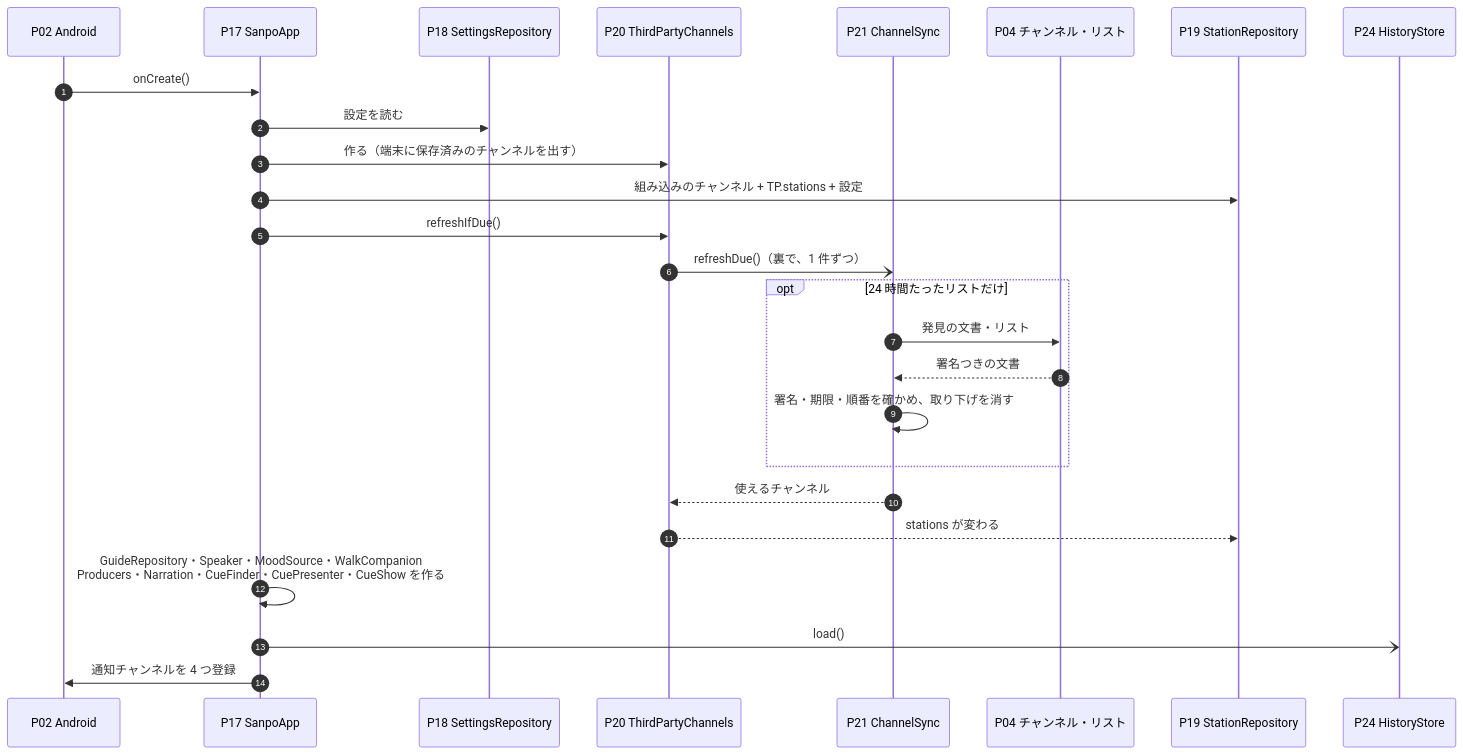
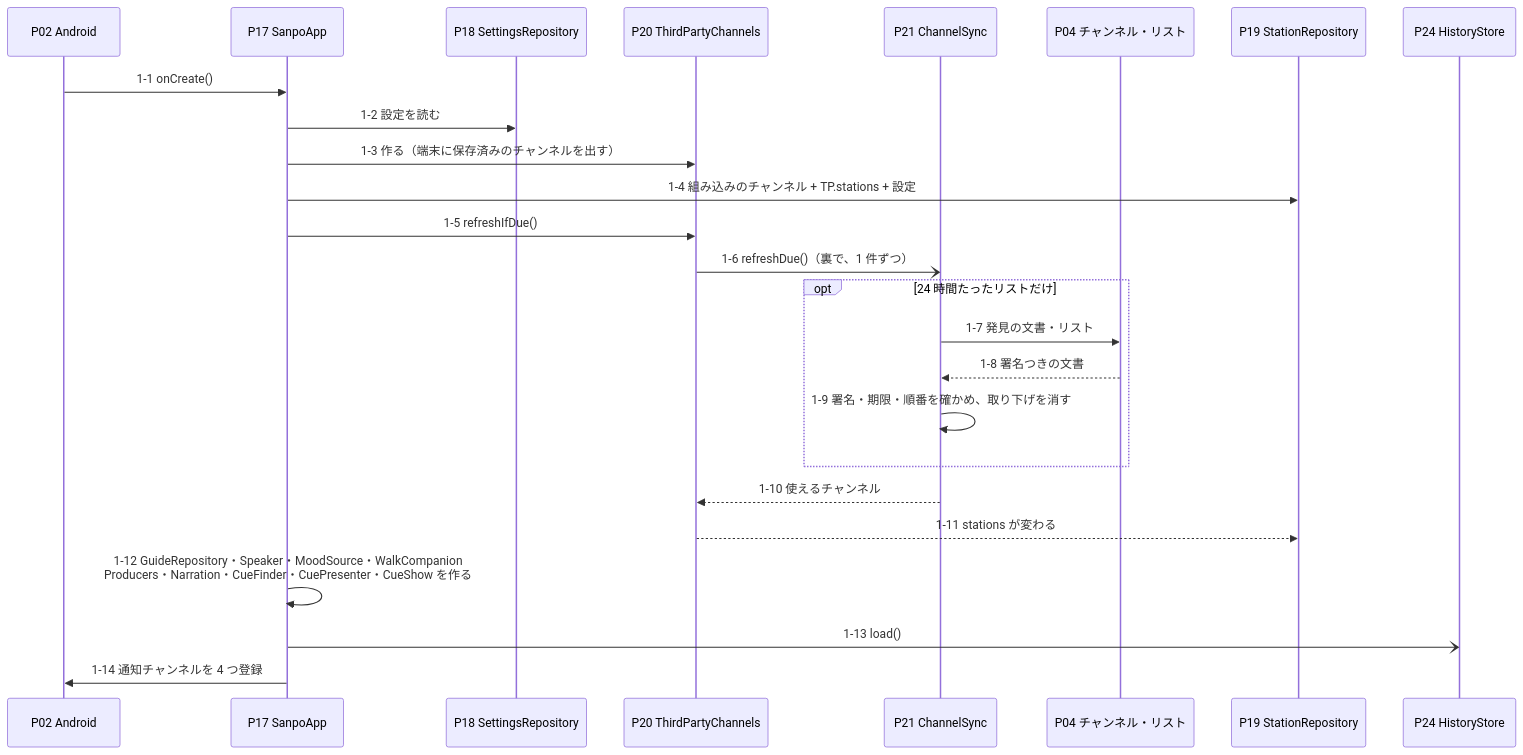
One commit to duwenji/yorisoi-sanpoguide changed the first of 9 diagrams in docs/sequences.md. Above: the diagram before and after it, drawn with Mermaid. The commit also changed other lines of this file, not shown here.

First line of the commit message:
docs: write the step numbers into the sequence diagrams

````diff
--- a/docs/sequences.md
+++ b/docs/sequences.md
@@ -73,29 +73,28 @@
 ```mermaid
 sequenceDiagram
-  autonumber
   participant OS as P02 Android
   participant App as P17 SanpoApp
   participant Set as P18 SettingsRepository
   participant TP as P20 ThirdPartyChannels
   participant Sync as P21 ChannelSync
   participant List as P04 チャンネル・リスト
   participant Repo as P19 StationRepository
   participant Hist as P24 HistoryStore
 
-  OS->>App: onCreate()
-  App->>Set: 設定を読む
-  App->>TP: 作る（端末に保存済みのチャンネルを出す）
-  App->>Repo: 組み込みのチャンネル + TP.stations + 設定
-  App->>TP: refreshIfDue()
-  TP-)Sync: refreshDue()（裏で、1 件ずつ）
+  OS->>App: 1-1 onCreate()
+  App->>Set: 1-2 設定を読む
+  App->>TP: 1-3 作る（端末に保存済みのチャンネルを出す）
+  App->>Repo: 1-4 組み込みのチャンネル + TP.stations + 設定
+  App->>TP: 1-5 refreshIfDue()
+  TP-)Sync: 1-6 refreshDue()（裏で、1 件ずつ）
   opt 24 時間たったリストだけ
-    Sync->>List: 発見の文書・リスト
-    List-->>Sync: 署名つきの文書
-    Sync->>Sync: 署名・期限・順番を確かめ、取り下げを消す
+    Sync->>List: 1-7 発見の文書・リスト
+    List-->>Sync: 1-8 署名つきの文書
+    Sync->>Sync: 1-9 署名・期限・順番を確かめ、取り下げを消す
   end
-  Sync-->>TP: 使えるチャンネル
-  TP-->>Repo: stations が変わる
-  App->>App: GuideRepository・Speaker・MoodSource・WalkCompanion<br/>Producers・Narration・CueFinder・CuePresenter・CueShow を作る
-  App-)Hist: load()
-  App->>OS: 通知チャンネルを 4 つ登録
+  Sync-->>TP: 1-10 使えるチャンネル
+  TP-->>Repo: 1-11 stations が変わる
+  App->>App: 1-12 GuideRepository・Speaker・MoodSource・WalkCompanion<br/>Producers・Narration・CueFinder・CuePresenter・CueShow を作る
+  App-)Hist: 1-13 load()
+  App->>OS: 1-14 通知チャンネルを 4 つ登録
 ```
````
